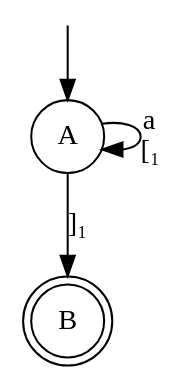
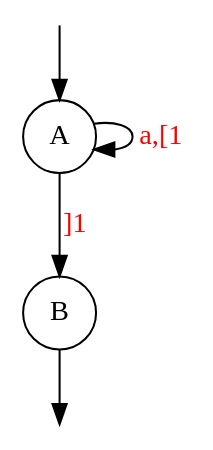
Before and after one commit to 0Marble/lgraphs: the diagram in text/graphs/example_pseudo.dot, drawn with Graphviz. The commit also changed 26 other files, not shown here.

Commit message:
changed graph images to svg

```diff
--- a/text/graphs/example_pseudo.dot
+++ b/text/graphs/example_pseudo.dot
@@ -1,9 +1,10 @@
 digraph {
     node [shape=circle]
     Q0 [style=invisible, height=0, width=0, fixedsize=true]
+    Q1 [style=invisible, height=0, width=0, fixedsize=true]
     Q0 -> A
-    A -> A [label=<a<br/>[₁>];
-    A -> B [label=<]₁> ];
+    A -> A [label="a,[1", fontcolor=red];
+    A -> B [label="]1", fontcolor=red];
 
-    B [shape=doublecircle];
+    B -> Q1;
 }
```
